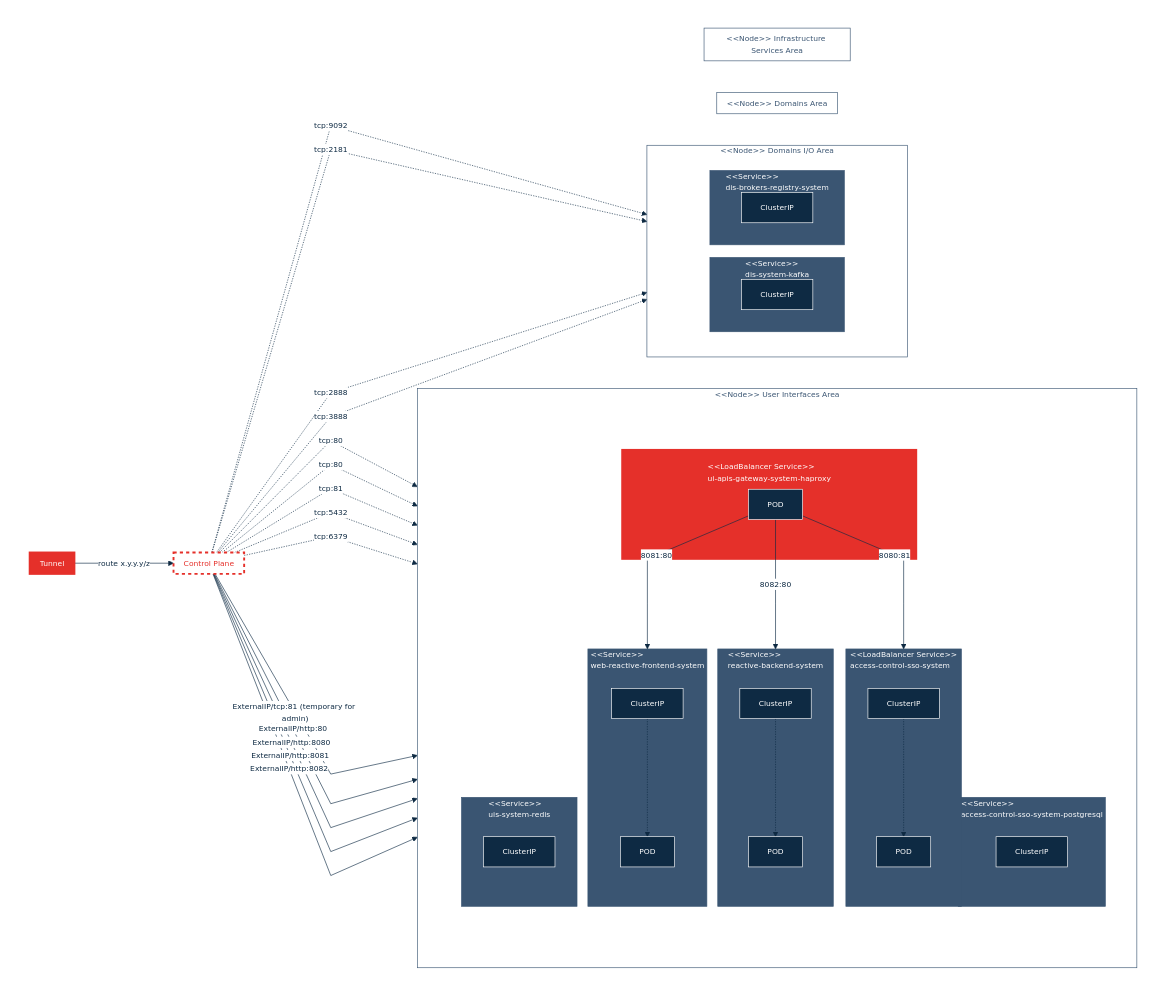
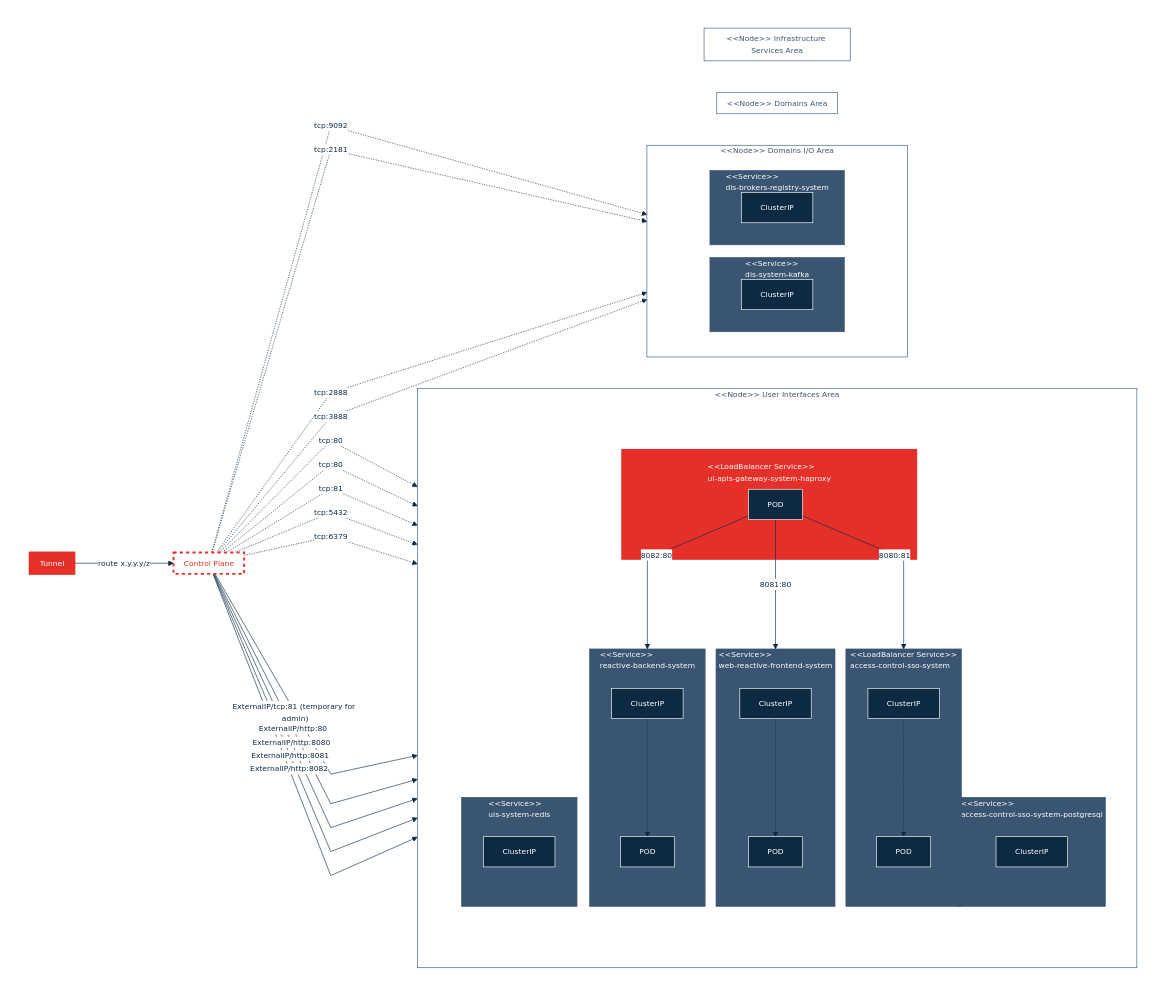
Before and after one commit to cybnity/foundation: the diagram in implementations-line/systems/README.md, drawn with Mermaid.

```diff
--- a/implementations-line/systems/README.md
+++ b/implementations-line/systems/README.md
@@ -155,9 +155,10 @@
      end
   end
   tunnel -- "route x.y.y.y/z" --> controlplane
-  controlplane -. "tcp:80" .-> clusterip1 -.-> pod1
+  controlplane -. "tcp:80" .-> clusterip1
   controlplane -. "tcp:80" .-> clusterip4 -.-> pod2
   podproxy1 -- "8081:80" --> service1
+  clusterip1 -.-> pod1
   podproxy1 -- "8082:80" --> service2
   controlplane -. "tcp:81" .-> clusterip7 -.-> pod3
   controlplane -- "ExternalIP/tcp:81 (temporary for admin)" --> service3
```
